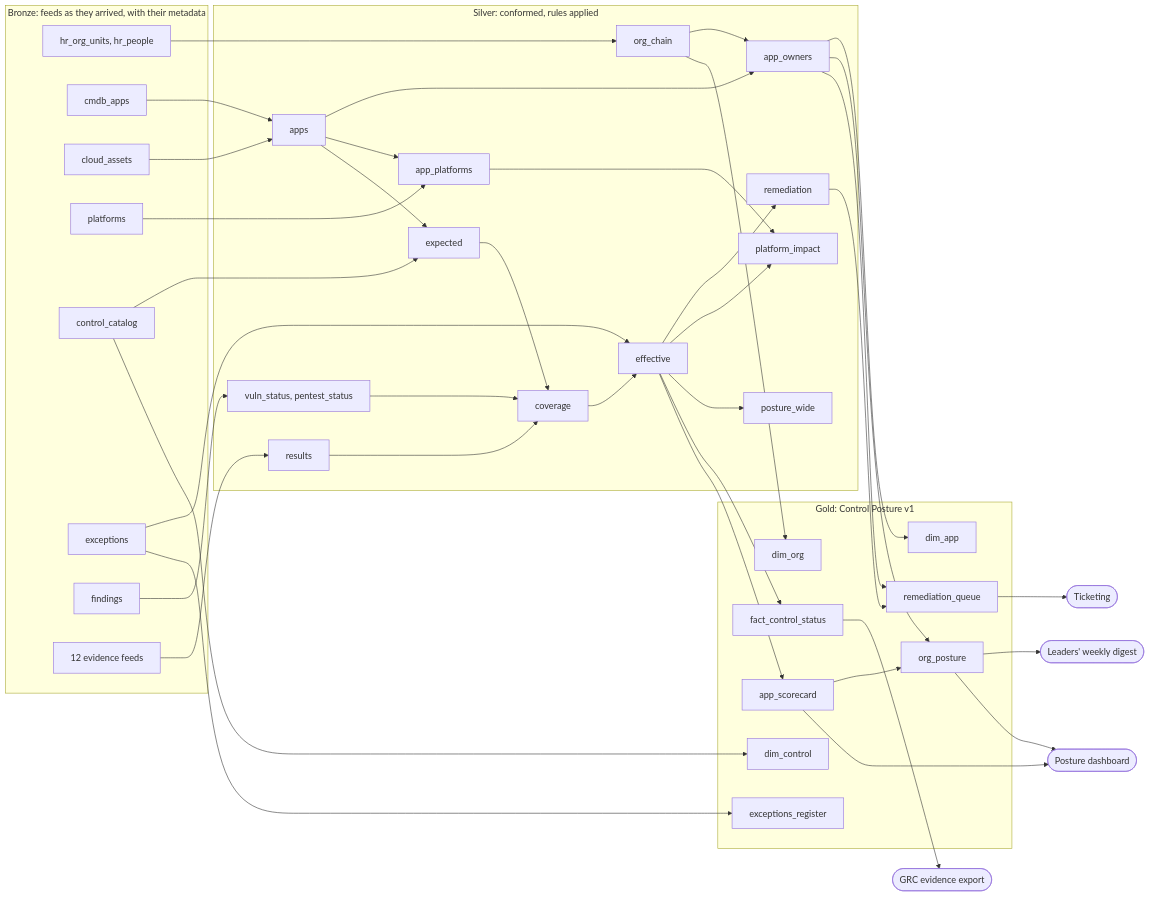
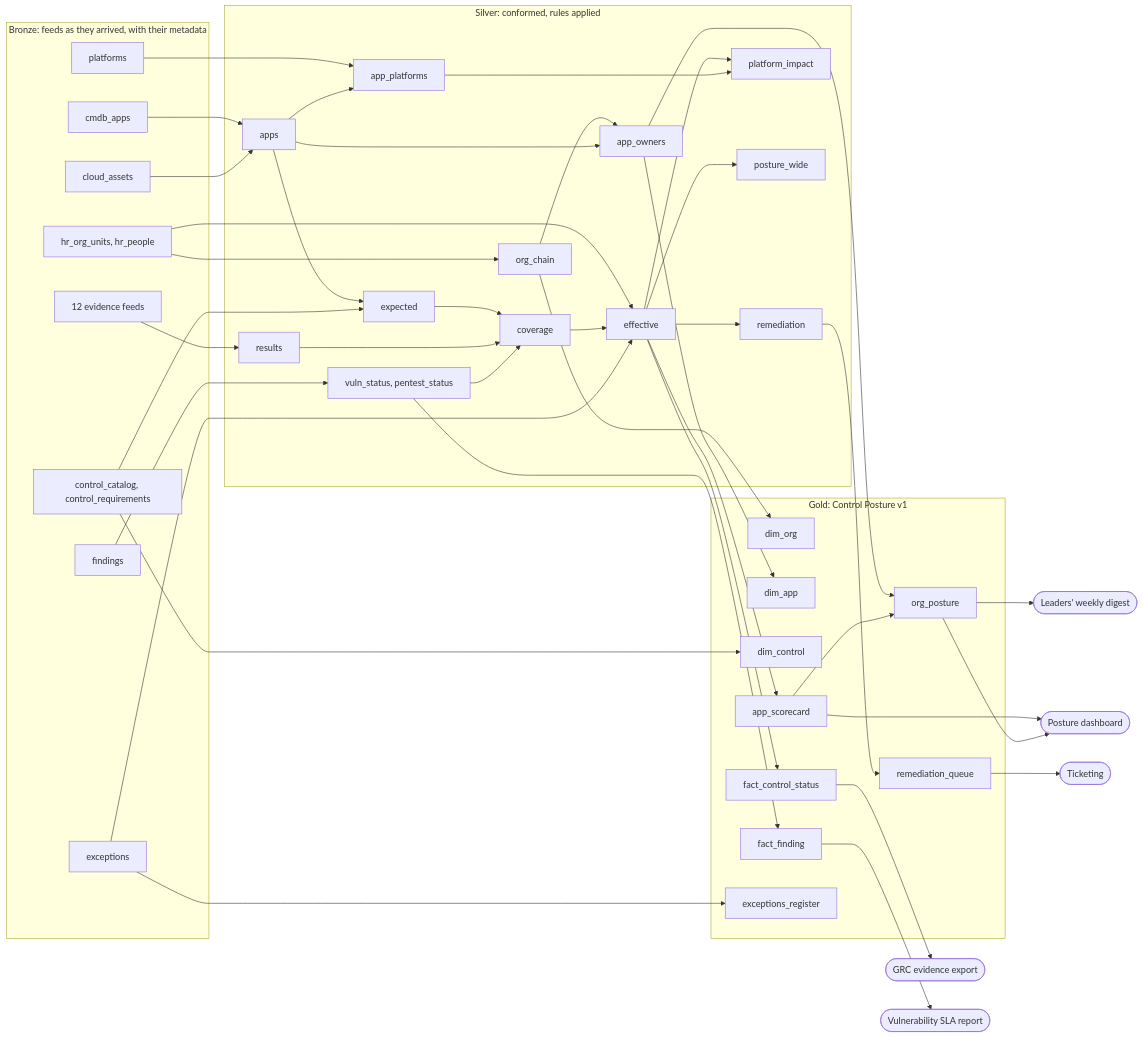
The diagram in docs/adr/0020-the-estate-as-a-company.md (stenhoor/smaltfl), drawn with Mermaid before and after one commit. The commit also changed other lines of this file and 1 other file, not shown here.

````diff
--- a/docs/adr/0020-the-estate-as-a-company.md
+++ b/docs/adr/0020-the-estate-as-a-company.md
@@ -199,70 +243,73 @@
 ```mermaid
 flowchart LR
   subgraph Bronze["Bronze: feeds as they arrived, with their metadata"]
     hr[hr_org_units, hr_people]
     cmdb[cmdb_apps]
     cloud[cloud_assets]
     plat[platforms]
-    cat[control_catalog]
+    cat[control_catalog, control_requirements]
     exc[exceptions]
     fnd[findings]
     ev[12 evidence feeds]
   end
   subgraph Silver["Silver: conformed, rules applied"]
     chain[org_chain]
     apps[apps]
     owners[app_owners]
     ap[app_platforms]
     res[results]
     vs[vuln_status, pentest_status]
     exp[expected]
     cov[coverage]
     eff[effective]
     rem[remediation]
     pi[platform_impact]
     wide[posture_wide]
   end
   subgraph Gold["Gold: Control Posture v1"]
     dorg[dim_org]
     dapp[dim_app]
     dctl[dim_control]
     fact[fact_control_status]
+    ff[fact_finding]
     card[app_scorecard]
     orgp[org_posture]
     reg[exceptions_register]
     q[remediation_queue]
   end
   hr --> chain --> owners
+  hr --> eff
   cmdb --> apps --> owners
   cloud --> apps
   plat --> ap
   apps --> ap
   ev --> res
   fnd --> vs
   apps --> exp
   cat --> exp
   exp --> cov
   res --> cov
   vs --> cov
   cov --> eff
   exc --> eff
   eff --> rem
   eff --> pi
   ap --> pi
   eff --> wide
   chain --> dorg
   owners --> dapp
   cat --> dctl
   eff --> fact
+  vs --> ff
   eff --> card
   owners --> orgp
   card --> orgp
   exc --> reg
   rem --> q
-  owners --> q
   orgp --> digest([Leaders' weekly digest])
   card --> dash([Posture dashboard])
   orgp --> dash
   fact --> grc([GRC evidence export])
+  ff --> slar([Vulnerability SLA report])
   q --> tickets([Ticketing])
 ```
````
